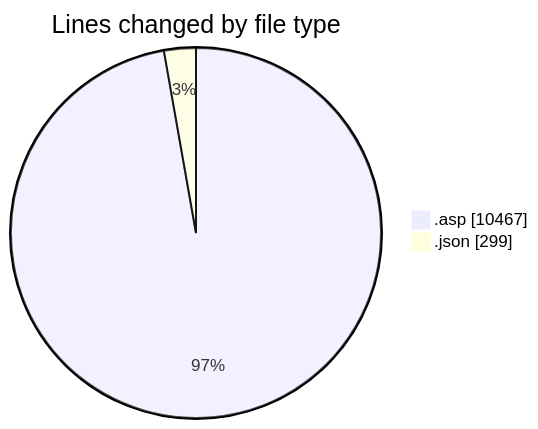
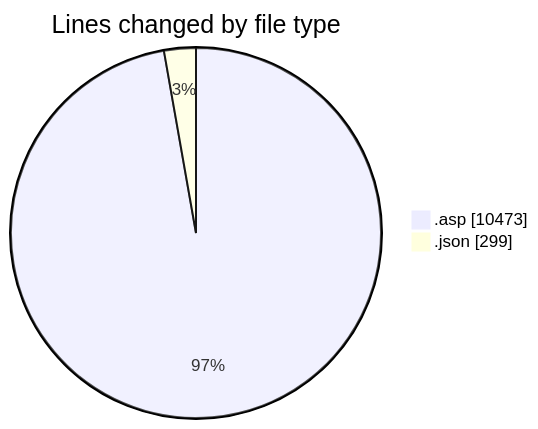
Before and after one commit to julien-gomy/code-tracking: the first of 2 diagrams in 2025-11-15/usr_aleoudev_fr__workspace_/README.md, drawn with Mermaid. The commit also changed other lines of this file and 1 other file, not shown here.

````diff
--- a/2025-11-15/usr_aleoudev_fr__workspace_/README.md
+++ b/2025-11-15/usr_aleoudev_fr__workspace_/README.md
@@ -28,6 +28,6 @@
 ```mermaid
 pie showData
 title Lines changed by file type
-".asp" : 10467
+".asp" : 10473
 ".json" : 299
 ```
````
